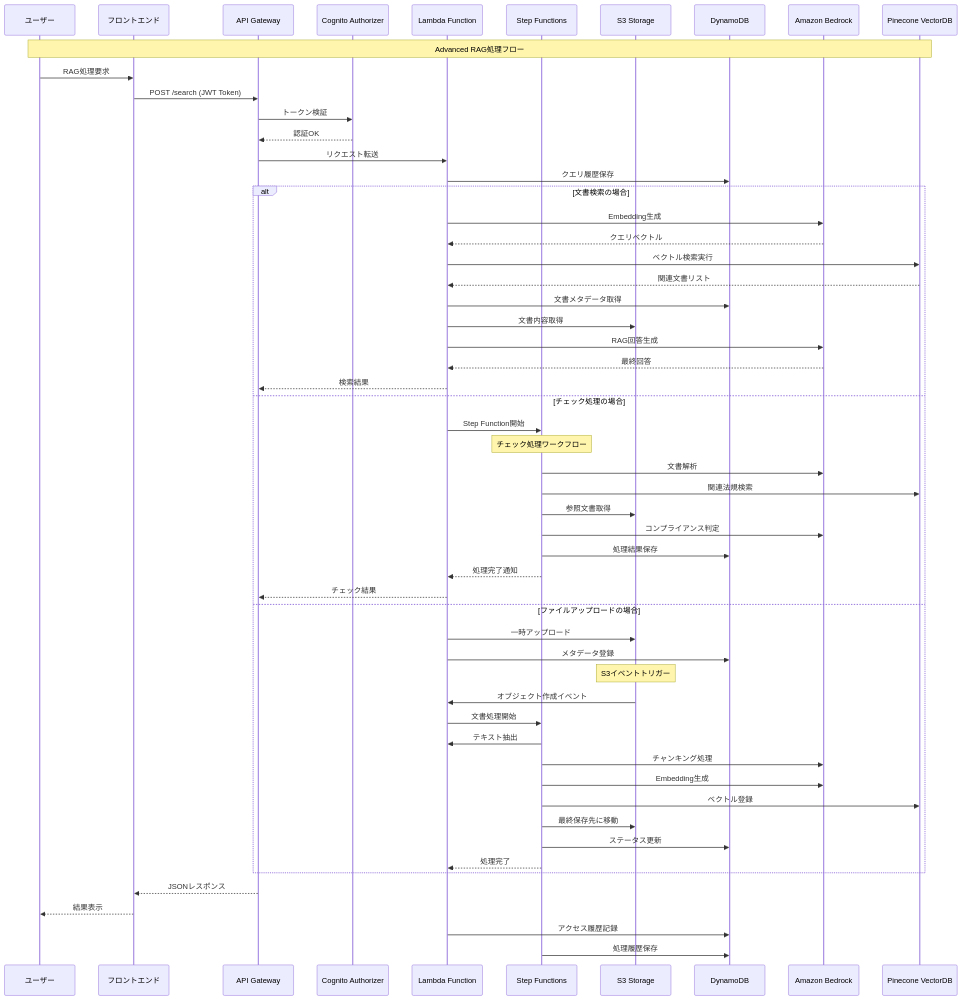
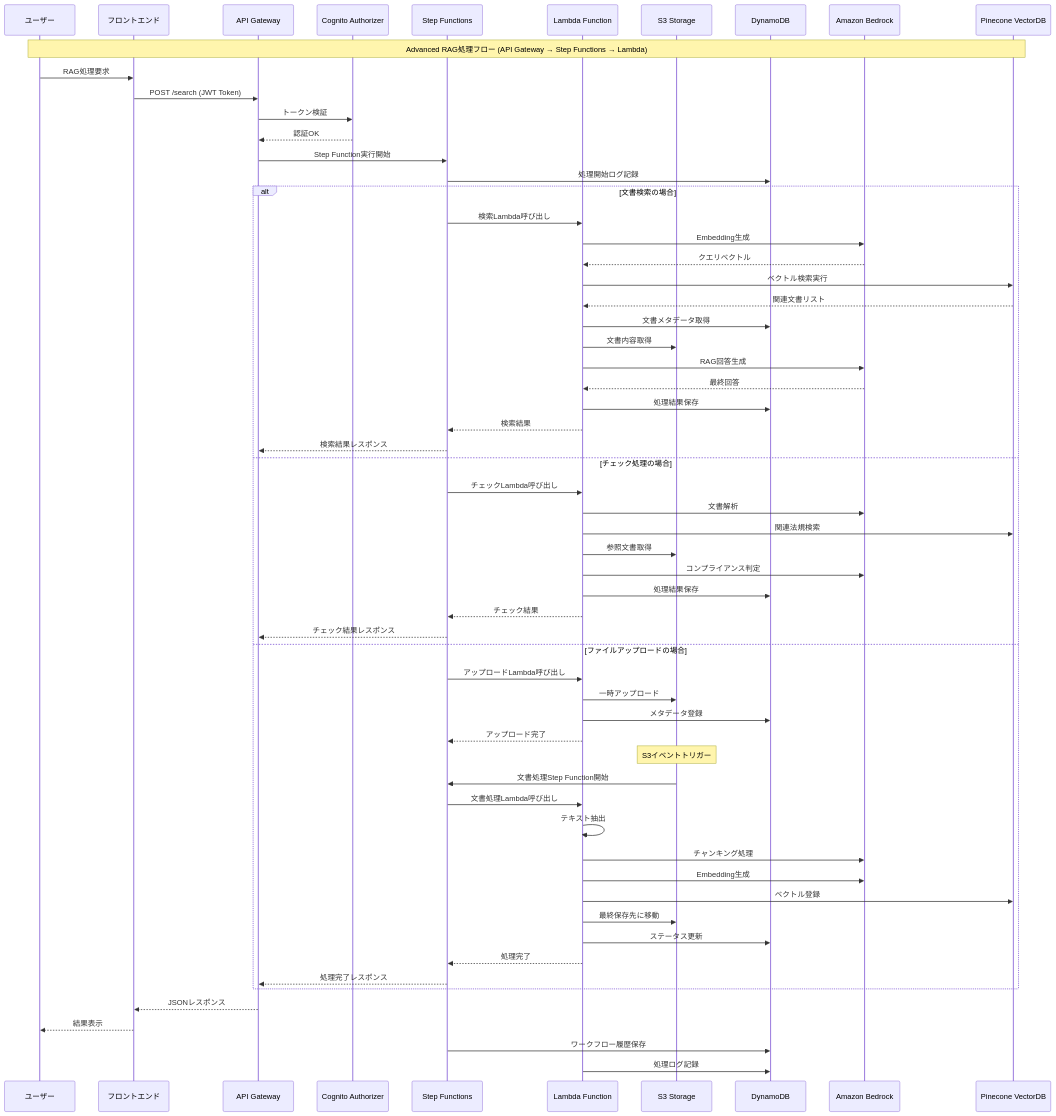
The ninth of 10 diagrams in documents/system-difinition.md (itsutose/tmp-ssi), drawn with Mermaid before and after one commit. The commit also changed other lines of this file and 2 other files, not shown here.

Commit message:
日付とグラフの修正

````diff
--- a/documents/system-difinition.md
+++ b/documents/system-difinition.md
@@ -793,73 +793,78 @@
 ```mermaid
 sequenceDiagram
     participant User as ユーザー
     participant Frontend as フロントエンド
     participant APIGW as API Gateway
     participant Auth as Cognito Authorizer
+    participant SF as Step Functions
     participant Lambda as Lambda Function
-    participant SF as Step Functions
     participant S3 as S3 Storage
     participant DDB as DynamoDB
     participant Bedrock as Amazon Bedrock
     participant Pinecone as Pinecone VectorDB
     
-    Note over User, Pinecone: Advanced RAG処理フロー
+    Note over User, Pinecone: Advanced RAG処理フロー (API Gateway → Step Functions → Lambda)
     
     %% Authentication
     User->>Frontend: RAG処理要求
     Frontend->>APIGW: POST /search (JWT Token)
     APIGW->>Auth: トークン検証
     Auth-->>APIGW: 認証OK
     
-    %% Lambda Processing
-    APIGW->>Lambda: リクエスト転送
-    Lambda->>DDB: クエリ履歴保存
+    %% Step Functions Processing
+    APIGW->>SF: Step Function実行開始
+    SF->>DDB: 処理開始ログ記録
     
     %% Document Search Flow
     alt 文書検索の場合
+        SF->>Lambda: 検索Lambda呼び出し
         Lambda->>Bedrock: Embedding生成
         Bedrock-->>Lambda: クエリベクトル
         Lambda->>Pinecone: ベクトル検索実行
         Pinecone-->>Lambda: 関連文書リスト
         Lambda->>DDB: 文書メタデータ取得
         Lambda->>S3: 文書内容取得
         Lambda->>Bedrock: RAG回答生成
         Bedrock-->>Lambda: 最終回答
-        Lambda-->>APIGW: 検索結果
+        Lambda->>DDB: 処理結果保存
+        Lambda-->>SF: 検索結果
+        SF-->>APIGW: 検索結果レスポンス
     
     %% Check Processing Flow    
     else チェック処理の場合
-        Lambda->>SF: Step Function開始
-        Note over SF: チェック処理ワークフロー
-        SF->>Bedrock: 文書解析
-        SF->>Pinecone: 関連法規検索
-        SF->>S3: 参照文書取得
-        SF->>Bedrock: コンプライアンス判定
-        SF->>DDB: 処理結果保存
-        SF-->>Lambda: 処理完了通知
-        Lambda-->>APIGW: チェック結果
+        SF->>Lambda: チェックLambda呼び出し
+        Lambda->>Bedrock: 文書解析
+        Lambda->>Pinecone: 関連法規検索
+        Lambda->>S3: 参照文書取得
+        Lambda->>Bedrock: コンプライアンス判定
+        Lambda->>DDB: 処理結果保存
+        Lambda-->>SF: チェック結果
+        SF-->>APIGW: チェック結果レスポンス
     
     %% File Upload Flow
     else ファイルアップロードの場合
+        SF->>Lambda: アップロードLambda呼び出し
         Lambda->>S3: 一時アップロード
         Lambda->>DDB: メタデータ登録
+        Lambda-->>SF: アップロード完了
         Note over S3: S3イベントトリガー
-        S3->>Lambda: オブジェクト作成イベント
-        Lambda->>SF: 文書処理開始
-        SF->>Lambda: テキスト抽出
-        SF->>Bedrock: チャンキング処理
-        SF->>Bedrock: Embedding生成
-        SF->>Pinecone: ベクトル登録
-        SF->>S3: 最終保存先に移動
-        SF->>DDB: ステータス更新
-        SF-->>Lambda: 処理完了
+        S3->>SF: 文書処理Step Function開始
+        SF->>Lambda: 文書処理Lambda呼び出し
+        Lambda->>Lambda: テキスト抽出
+        Lambda->>Bedrock: チャンキング処理
+        Lambda->>Bedrock: Embedding生成
+        Lambda->>Pinecone: ベクトル登録
+        Lambda->>S3: 最終保存先に移動
+        Lambda->>DDB: ステータス更新
+        Lambda-->>SF: 処理完了
+        SF-->>APIGW: 処理完了レスポンス
     end
     
     %% Response
     APIGW-->>Frontend: JSONレスポンス
     Frontend-->>User: 結果表示
     
     %% Monitoring
-    Lambda->>DDB: アクセス履歴記録
-    SF->>DDB: 処理履歴保存
+    SF->>DDB: ワークフロー履歴保存
+    Lambda->>DDB: 処理ログ記録
 ```
````
